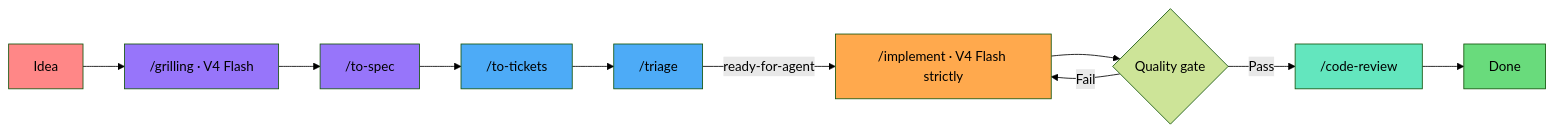
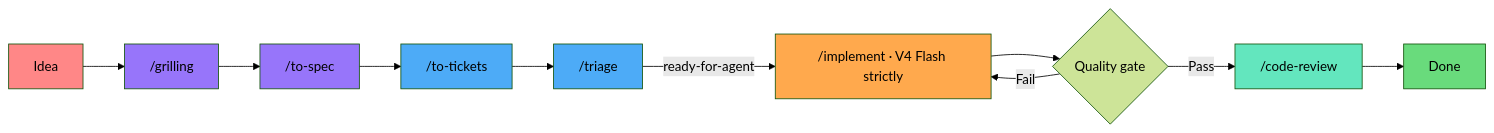
The diagram in README.md (elisharkray1030/ai-coding-workflow), drawn with Mermaid (forest theme) before and after one commit. The commit also changed other lines of this file, not shown here.

````diff
--- a/README.md
+++ b/README.md
@@ -17,26 +13,26 @@
 ```mermaid
 graph LR
-    ID[Idea] --> GR[ /grilling · V4 Flash]
+    ID[Idea] --> GR[ /grilling]
     GR --> SP[ /to-spec]
     SP --> TK[ /to-tickets]
     TK --> TR[ /triage]
     TR -->|ready-for-agent| IM[ /implement · V4 Flash strictly]
     IM --> Q{Quality gate}
     Q -->|Pass| CR[ /code-review]
     Q -->|Fail| IM
     CR --> DN[Done]
 
     classDef red fill:#ff8787,color:#000
     classDef purple fill:#9775fa,color:#000
     classDef green fill:#69db7c,color:#000
     classDef blue fill:#4dabf7,color:#000
     classDef orange fill:#ffa94d,color:#000
     classDef teal fill:#63e6be,color:#000
 
     class ID red
     class GR,SP purple
     class TK,TR blue
     class IM orange
     class CR teal
     class DN green
 ```
````
